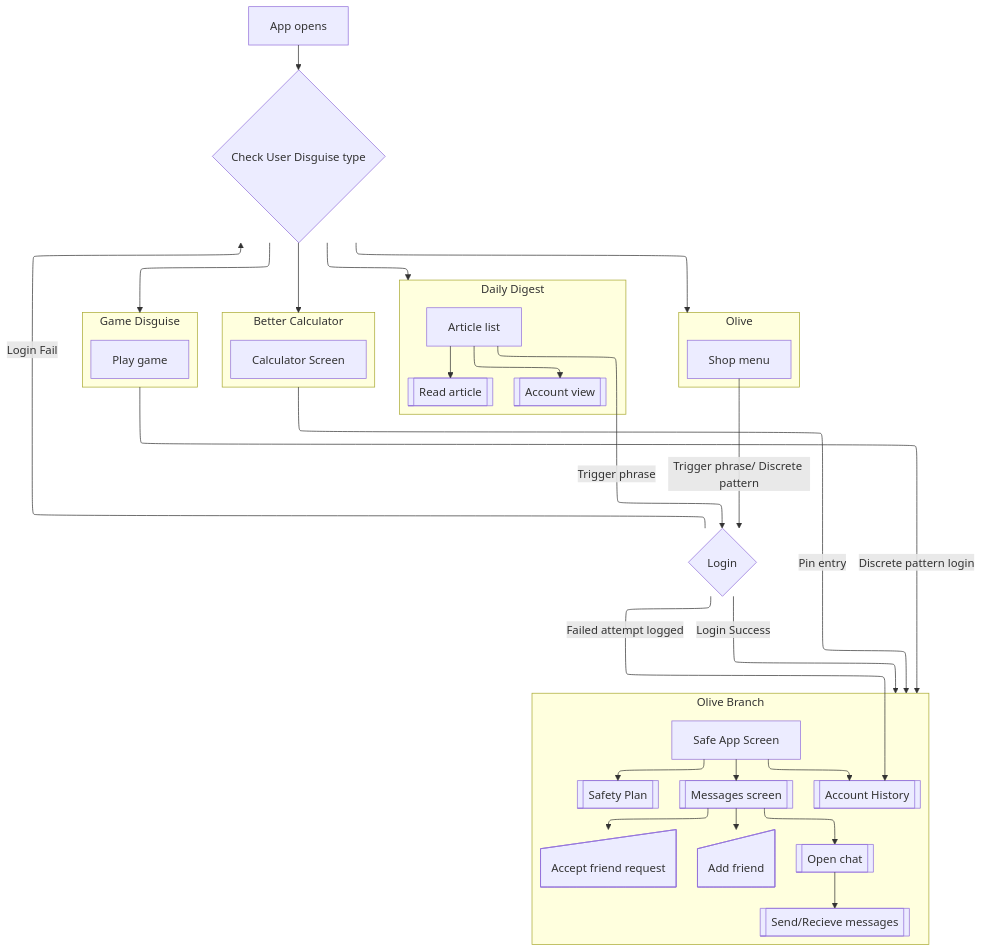
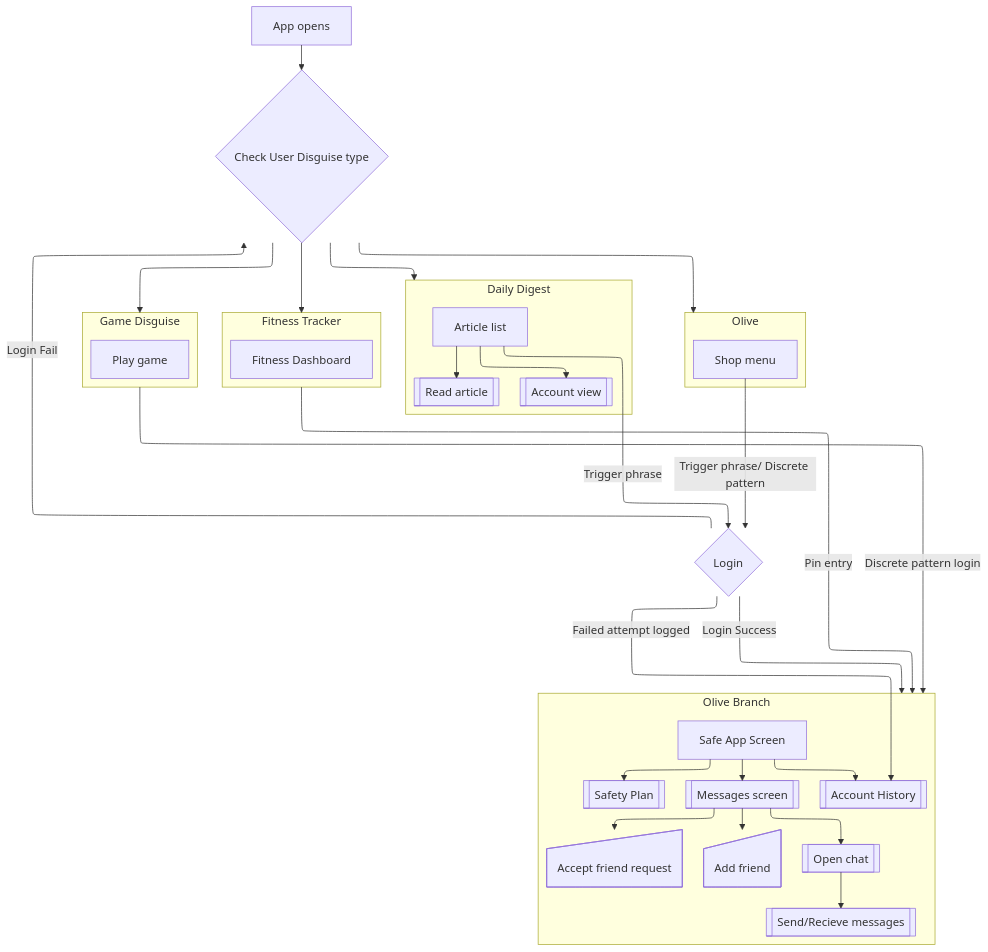
One commit to TanmayMalikk/OliveWeb changed the diagram in website/dev-guide/docs/overview.md. Above: the diagram before and after it, drawn with Mermaid. The commit also changed 35 other files, not shown here.

Commit message:
remove calculator leftovers and finish fitness web cover

````diff
--- a/website/dev-guide/docs/overview.md
+++ b/website/dev-guide/docs/overview.md
@@ -22,57 +22,57 @@
 ``` mermaid
 ---
 config:
   layout: elk
 ---
 flowchart TB
  subgraph s1["Olive"]
         n5["Shop menu"]
   end
  subgraph s2["Daily Digest"]
         n7["Article list"]
         n11["Account view"]
         n12["Read article"]
   end
- subgraph s3["Better Calculator"]
-        n8["Calculator Screen"]
+ subgraph s3["Fitness Tracker"]
+        n8["Fitness Dashboard"]
   end
  subgraph s4["Game Disguise"]
         n9["Play game"]
   end
  subgraph s5["Olive Branch"]
         n14["Safe App Screen"]
         n15["Messages screen"]
         n17["Account History"]
         n16["Safety Plan"]
         n18["Add friend"]
         n19["Accept friend request"]
         n20["Open chat"]
         n21["Send/Recieve messages"]
   end
     n10["Check User Disguise type"] --> s2 & s3 & s1 & s4
     n6["App opens"] --> n10
     n7 --> n11 & n12
     n7 -- Trigger phrase --> n13["Login"]
     n5 -- Trigger phrase/ Discrete pattern --> n13
     n13 -- Login Success --> s5
     n13 -- Login Fail --> n10
     n14 --> n15 & n16 & n17
     n15 --> n18 & n19 & n20
     n20 --> n21
     s3 -- Pin entry --> s5
     n13 -- Failed attempt logged --> n17
     s4 -- Discrete pattern login --> s5
 
     n11@{ shape: subproc}
     n12@{ shape: subproc}
     n15@{ shape: subproc}
     n17@{ shape: subproc}
     n16@{ shape: subproc}
     n18@{ shape: manual-input}
     n19@{ shape: manual-input}
     n20@{ shape: subproc}
     n21@{ shape: subproc}
     n10@{ shape: decision}
     n6@{ shape: rect}
     n13@{ shape: decision}
 ```
````
